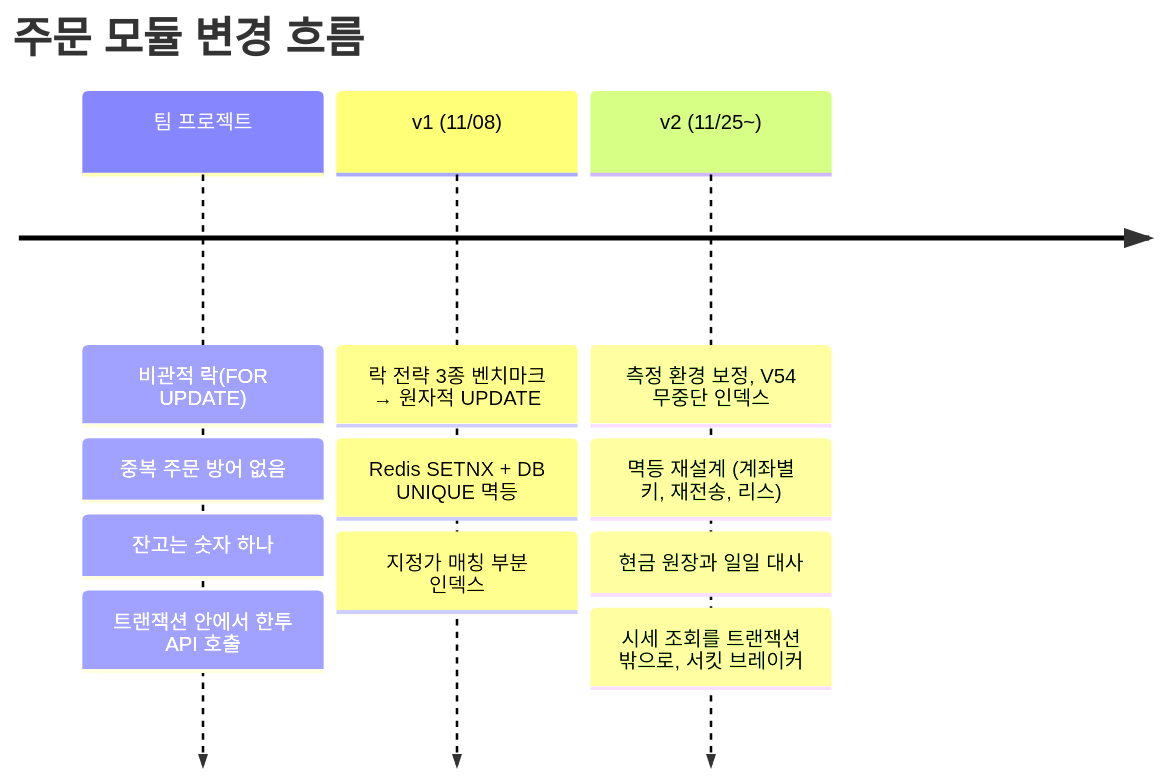
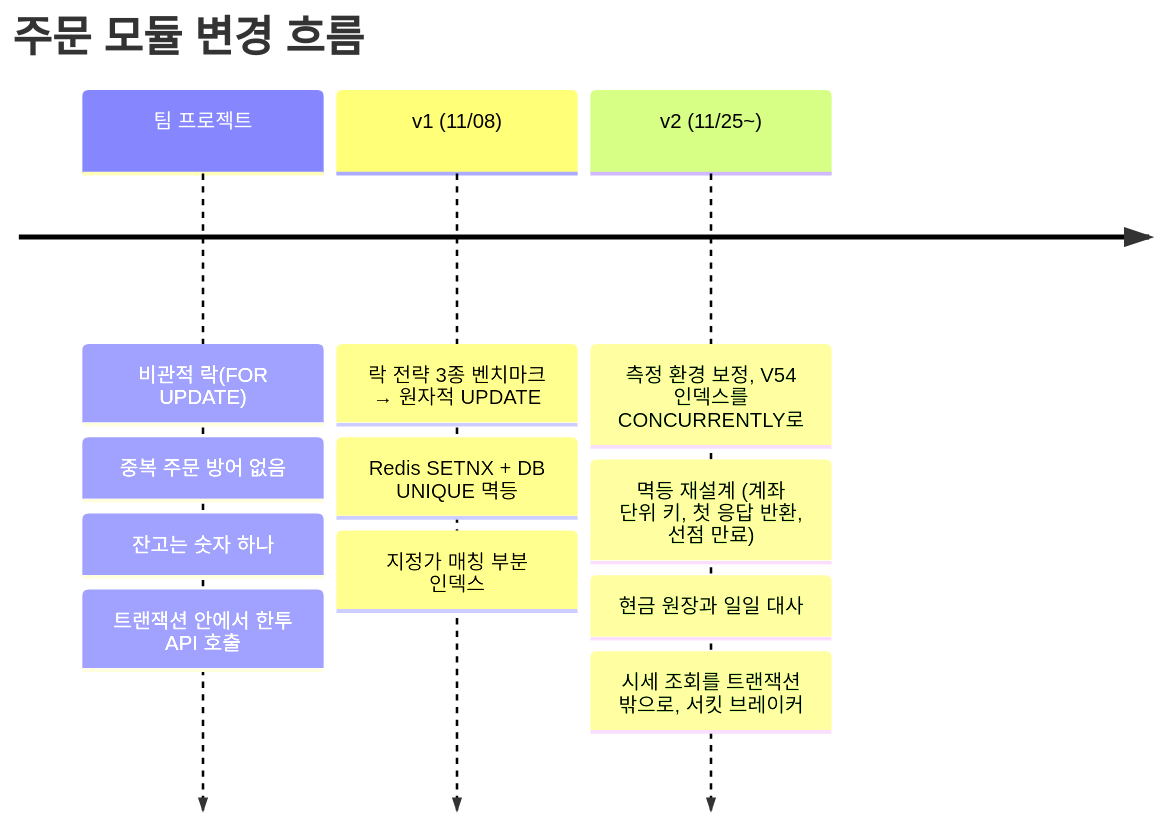
The first of 14 diagrams in docs/design-history.md (ochanhyeok/wefin-be), drawn with Mermaid before and after one commit. The commit also changed other lines of this file and 1 other file, not shown here.

Commit message:
docs: 기존 구조와 재설계 구조 비교 다이어그램 추가

````diff
--- a/docs/design-history.md
+++ b/docs/design-history.md
@@ -12,15 +12,15 @@
 ```mermaid
 timeline
     title 주문 모듈 변경 흐름
     팀 프로젝트 : 비관적 락(FOR UPDATE)
                 : 중복 주문 방어 없음
                 : 잔고는 숫자 하나
                 : 트랜잭션 안에서 한투 API 호출
     v1 (11/08) : 락 전략 3종 벤치마크 → 원자적 UPDATE
                : Redis SETNX + DB UNIQUE 멱등
                : 지정가 매칭 부분 인덱스
-    v2 (11/25~) : 측정 환경 보정, V54 무중단 인덱스
-                : 멱등 재설계 (계좌별 키, 재전송, 리스)
+    v2 (11/25~) : 측정 환경 보정, V54 인덱스를 CONCURRENTLY로
+                : 멱등 재설계 (계좌 단위 키, 첫 응답 반환, 선점 만료)
                 : 현금 원장과 일일 대사
                 : 시세 조회를 트랜잭션 밖으로, 서킷 브레이커
 ```
````
